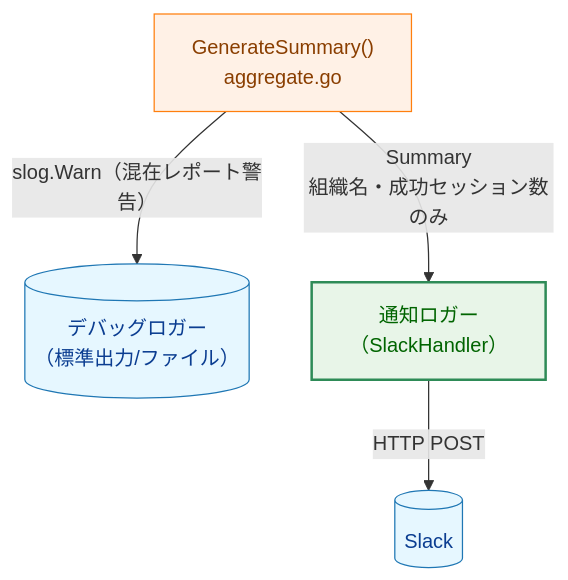
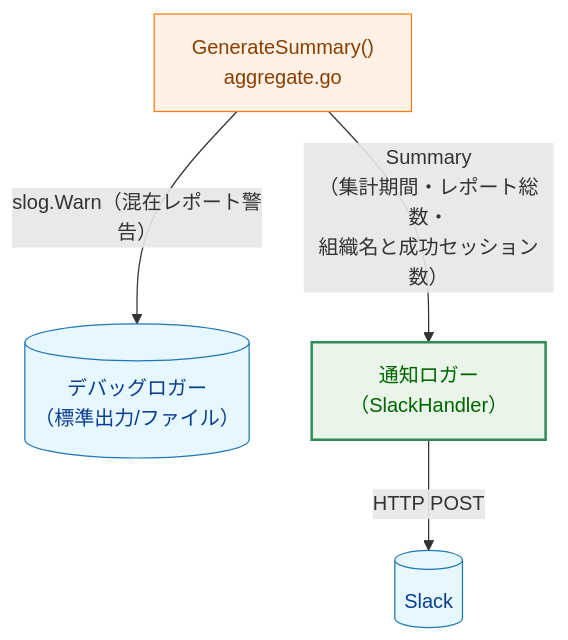
The fifth of 7 diagrams in docs/tasks/0050_weekly_summary/02_architecture.md (isseis/tlsrpt-digest), drawn with Mermaid before and after one commit. The commit also changed other lines of this file, not shown here.

Commit message:
docs(weekly-summary): fix Summary description in threat model to include Period and ReportCount
The diagram label and security table row both described Summary as
containing only org names and success session counts, but the struct
also holds Period (period_start/period_end) and ReportCount. Updated
both locations to list all three fields.

````diff
--- a/docs/tasks/0050_weekly_summary/02_architecture.md
+++ b/docs/tasks/0050_weekly_summary/02_architecture.md
@@ -252,14 +252,14 @@
 ```mermaid
 flowchart TD
     classDef data fill:#e6f7ff,stroke:#1f77b4,stroke-width:1px,color:#0b3d91;
     classDef process fill:#fff1e6,stroke:#ff7f0e,stroke-width:1px,color:#8a3e00;
     classDef enhanced fill:#e8f5e8,stroke:#2e8b57,stroke-width:2px,color:#006400;
 
     AGG["GenerateSummary()<br>aggregate.go"] -->|"slog.Warn（混在レポート警告）"| DBG[("デバッグロガー<br>（標準出力/ファイル）")]
-    AGG -->|"Summary<br>組織名・成功セッション数のみ"| NOTIFY["通知ロガー<br>（SlackHandler）"]
+    AGG -->|"Summary<br>（集計期間・レポート総数・<br>組織名と成功セッション数）"| NOTIFY["通知ロガー<br>（SlackHandler）"]
     NOTIFY -->|"HTTP POST"| Slack[("Slack")]
 
     class DBG,Slack data
     class AGG process
     class NOTIFY enhanced
 ```
````
